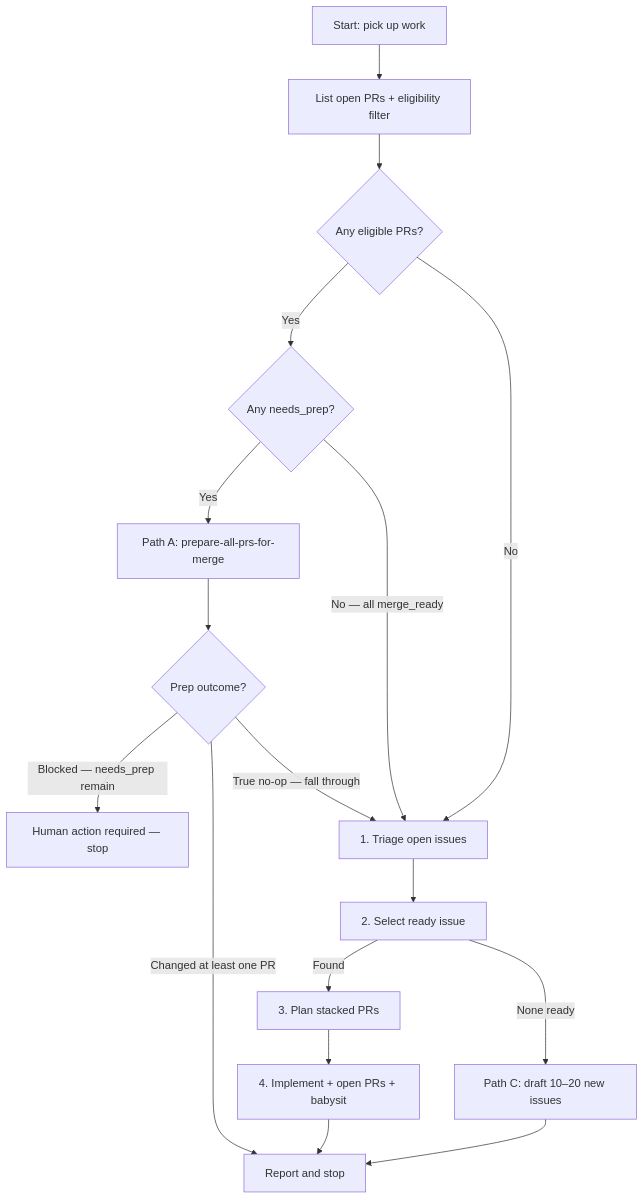
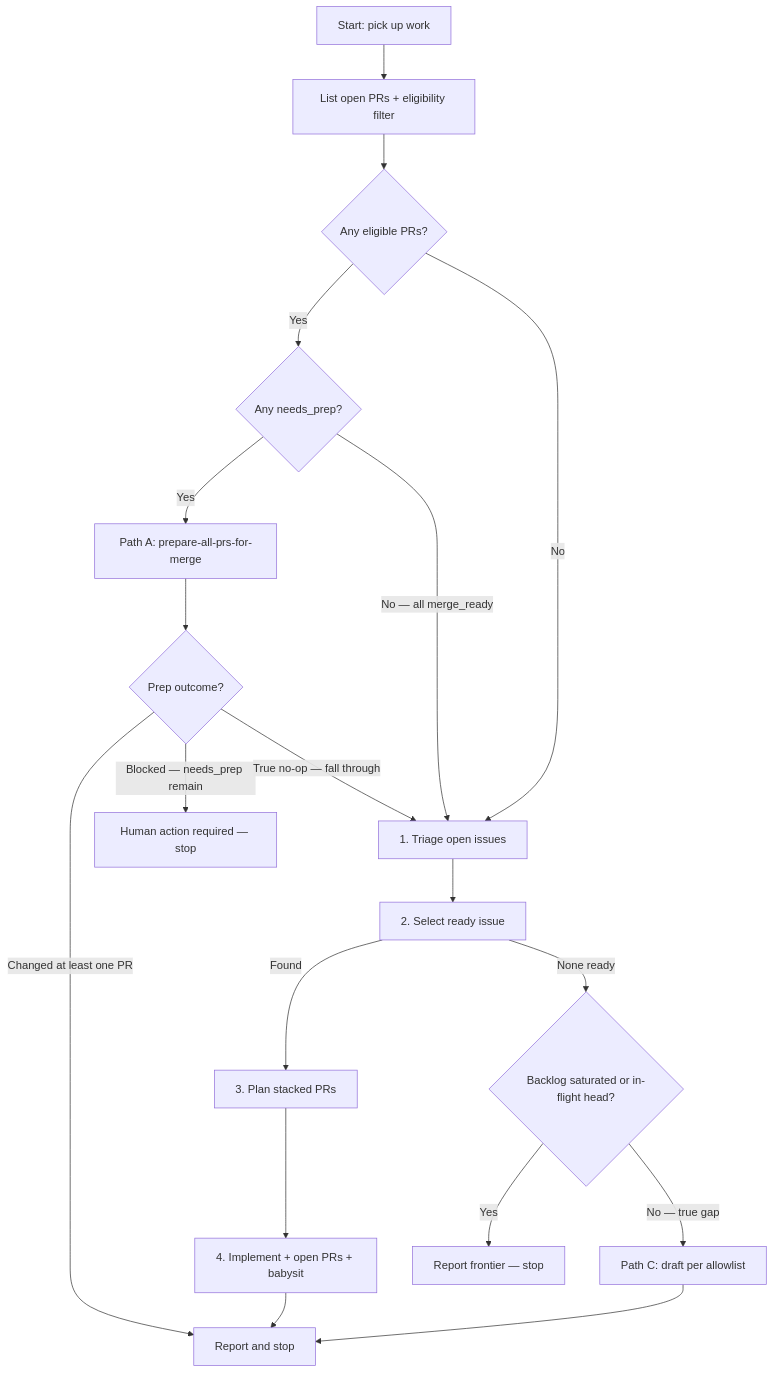
The diagram in .cursor/skills/pick-up-work-item/SKILL.md (toadslop/rtl88x2bu-linux-driver), drawn with Mermaid before and after one commit. The commit also changed other lines of this file and 2 other files, not shown here.

Commit message:
fix(skills): stop drafting tickets when Wave 3 frontier is in-flight (#472)

````diff
--- a/.cursor/skills/pick-up-work-item/SKILL.md
+++ b/.cursor/skills/pick-up-work-item/SKILL.md
@@ -151,19 +154,21 @@
 ```mermaid
 flowchart TD
   A[Start: pick up work] --> B[List open PRs + eligibility filter]
   B --> C{Any eligible PRs?}
   C -->|Yes| C2{Any needs_prep?}
   C2 -->|Yes| D[Path A: prepare-all-prs-for-merge]
   D --> D2{Prep outcome?}
   D2 -->|Changed at least one PR| Z[Report and stop]
   D2 -->|Blocked — needs_prep remain| Z2[Human action required — stop]
   D2 -->|True no-op — fall through| E
   C2 -->|No — all merge_ready| E[1. Triage open issues]
   C -->|No| E
   E --> F[2. Select ready issue]
   F -->|Found| G[3. Plan stacked PRs]
   G --> H[4. Implement + open PRs + babysit]
   H --> Z
-  F -->|None ready| I[Path C: draft 10–20 new issues]
-  I --> Z
+  F -->|None ready| I{Backlog saturated or in-flight head?}
+  I -->|Yes| Z3[Report frontier — stop]
+  I -->|No — true gap| J[Path C: draft per allowlist]
+  J --> Z
 ```
````
